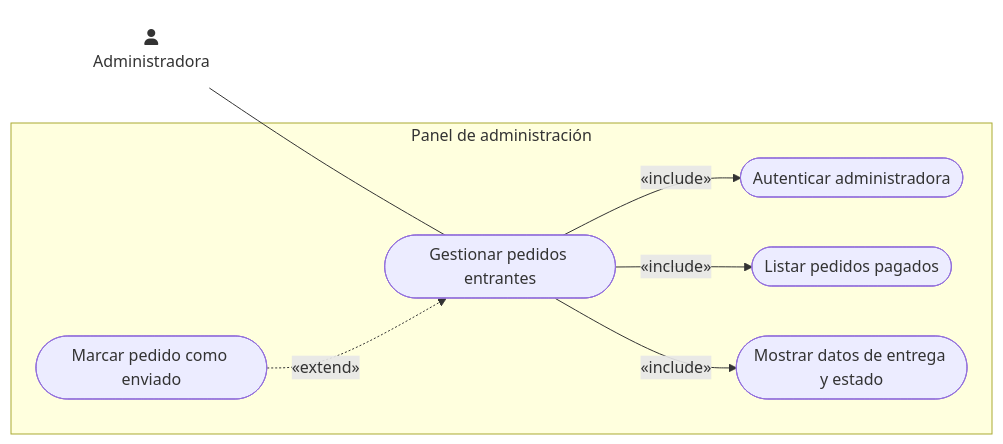
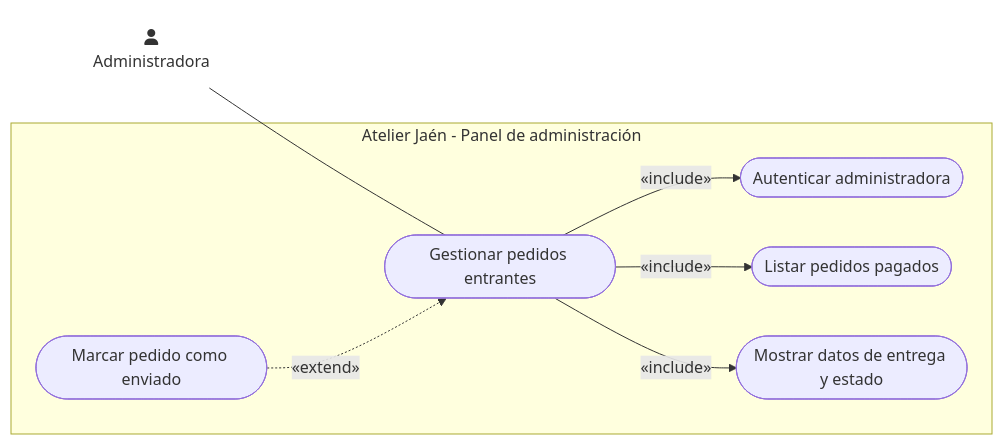
The diagram in Practica3_G11_LaTeX/codigo/cu_us05.mmd (ajgarciarias10/PR3GPS), drawn with Mermaid before and after one commit. The commit also changed 42 other files, not shown here.

```diff
--- a/Practica3_G11_LaTeX/codigo/cu_us05.mmd
+++ b/Practica3_G11_LaTeX/codigo/cu_us05.mmd
@@ -1,15 +1,20 @@
 flowchart LR
-    subgraph SB5 ["Panel de administración"]
+    Administradora("fa:fa-user<br>Administradora")
+
+    subgraph SB5 ["Atelier Jaén - Panel de administración"]
         GestionarPedidos([Gestionar pedidos entrantes])
         AutenticarAdmin([Autenticar administradora])
         ListarPedidos([Listar pedidos pagados])
         MostrarEntrega([Mostrar datos de entrega y estado])
         MarcarEnviado([Marcar pedido como enviado])
     end
-    Administradora("fa:fa-user<br>Administradora") --- GestionarPedidos
+
+    Administradora --- GestionarPedidos
+
     GestionarPedidos -->|«include»| AutenticarAdmin
     GestionarPedidos -->|«include»| ListarPedidos
     GestionarPedidos -->|«include»| MostrarEntrega
     MarcarEnviado -.->|«extend»| GestionarPedidos
+
     classDef actor fill:none,stroke:none;
     class Administradora actor;
```
